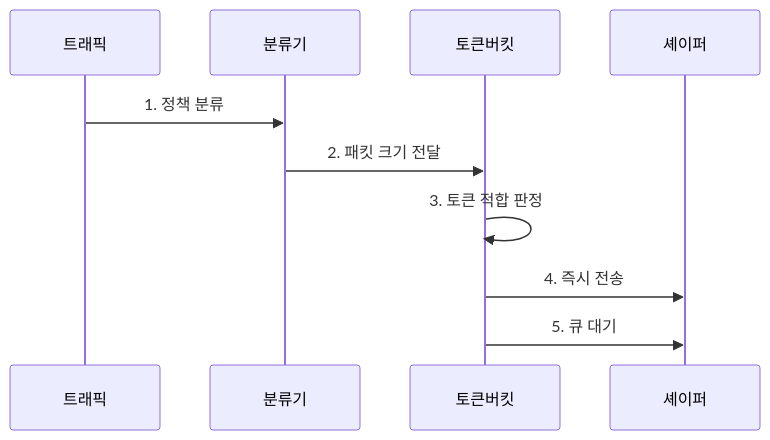
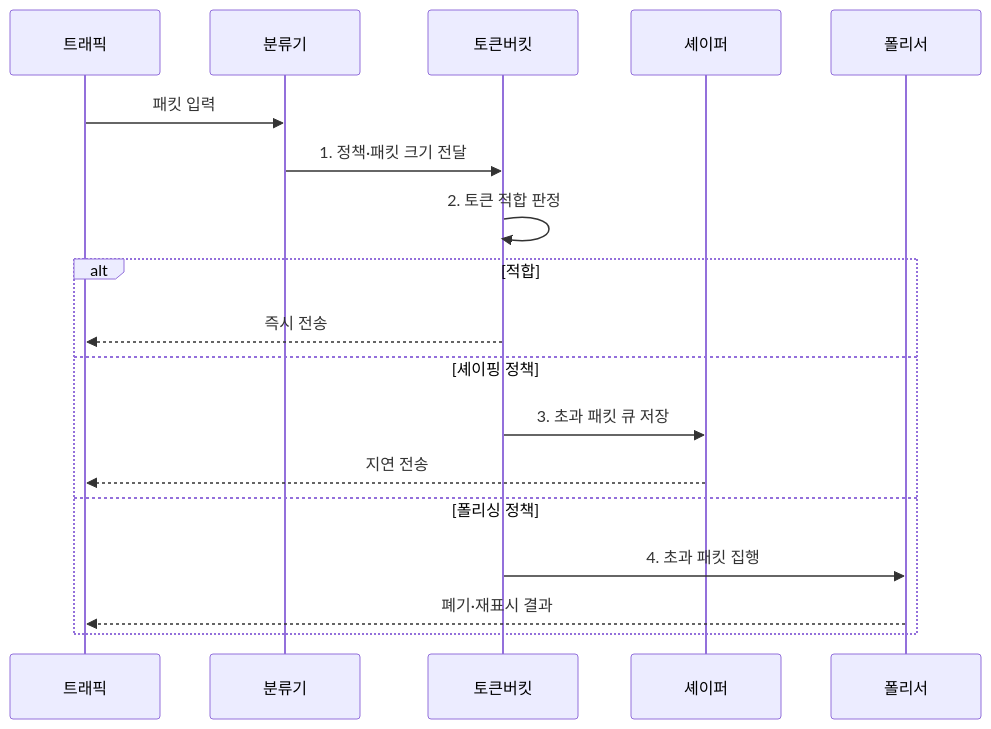
One commit to agnusdei1207/knowledge-base changed the second of 2 diagrams in src/content/docs/notes/04-network/073_traffic_shaping_policing.md. Above: the diagram before and after it, drawn with Mermaid. The commit also changed other lines of this file and 20 other files, not shown here.

````diff
--- a/src/content/docs/notes/04-network/073_traffic_shaping_policing.md
+++ b/src/content/docs/notes/04-network/073_traffic_shaping_policing.md
@@ -82,12 +86,20 @@
 ```mermaid
 sequenceDiagram
     participant 트래픽
     participant 분류기
     participant 토큰버킷
     participant 셰이퍼
-    트래픽->>분류기: 1. 정책 분류
-    분류기->>토큰버킷: 2. 패킷 크기 전달
-    토큰버킷->>토큰버킷: 3. 토큰 적합 판정
-    토큰버킷->>셰이퍼: 4. 즉시 전송
-    토큰버킷->>셰이퍼: 5. 큐 대기
+    participant 폴리서
+    트래픽->>분류기: 패킷 입력
+    분류기->>토큰버킷: 1. 정책·패킷 크기 전달
+    토큰버킷->>토큰버킷: 2. 토큰 적합 판정
+    alt 적합
+        토큰버킷-->>트래픽: 즉시 전송
+    else 셰이핑 정책
+        토큰버킷->>셰이퍼: 3. 초과 패킷 큐 저장
+        셰이퍼-->>트래픽: 지연 전송
+    else 폴리싱 정책
+        토큰버킷->>폴리서: 4. 초과 패킷 집행
+        폴리서-->>트래픽: 폐기·재표시 결과
+    end
 ```
````
